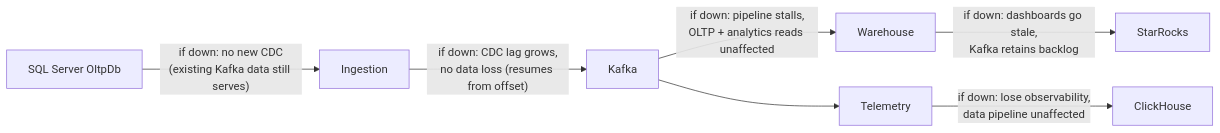
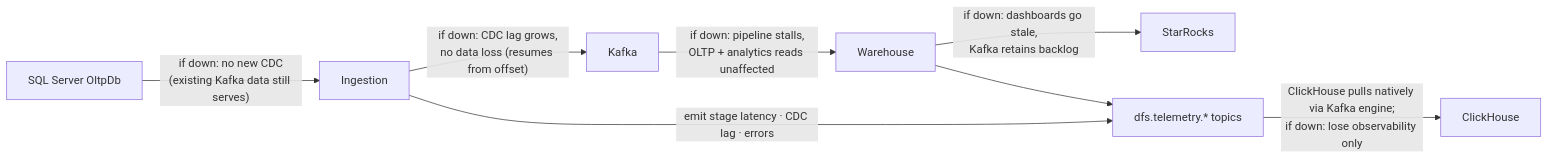
Before and after one commit to grezap/dataflow-studio: the fourth of 5 diagrams in docs/architecture.md, drawn with Mermaid. The commit also changed other lines of this file and 37 other files, not shown here.

First line of the commit message:
feat: ClickHouse telemetry sink — native Kafka-engine ingestion (#20)

````diff
--- a/docs/architecture.md
+++ b/docs/architecture.md
@@ -195,9 +203,10 @@
 ```mermaid
 flowchart LR
     SQL[SQL Server OltpDb] -->|"if down: no new CDC<br/>(existing Kafka data still serves)"| ING[Ingestion]
     ING -->|"if down: CDC lag grows,<br/>no data loss (resumes from offset)"| K[Kafka]
     K -->|"if down: pipeline stalls,<br/>OLTP + analytics reads unaffected"| WH[Warehouse]
-    K --> TEL[Telemetry]
     WH -->|"if down: dashboards go stale,<br/>Kafka retains backlog"| STAR[StarRocks]
-    TEL -->|"if down: lose observability,<br/>data pipeline unaffected"| CH[ClickHouse]
+    ING -->|"emit stage latency · CDC lag · errors"| TEL[dfs.telemetry.* topics]
+    WH --> TEL
+    TEL -->|"ClickHouse pulls natively via Kafka engine;<br/>if down: lose observability only"| CH[ClickHouse]
 ```
````
